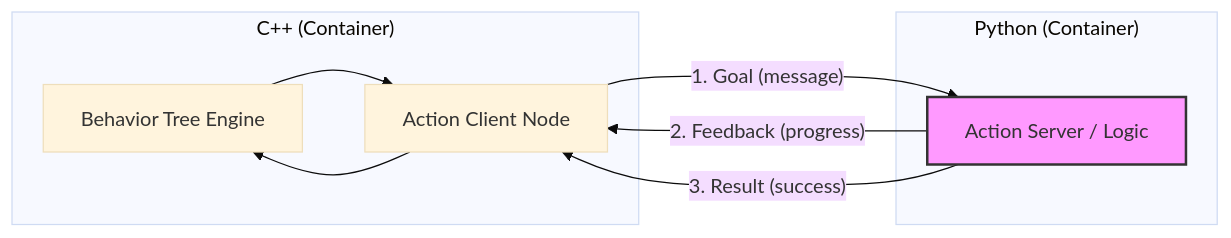
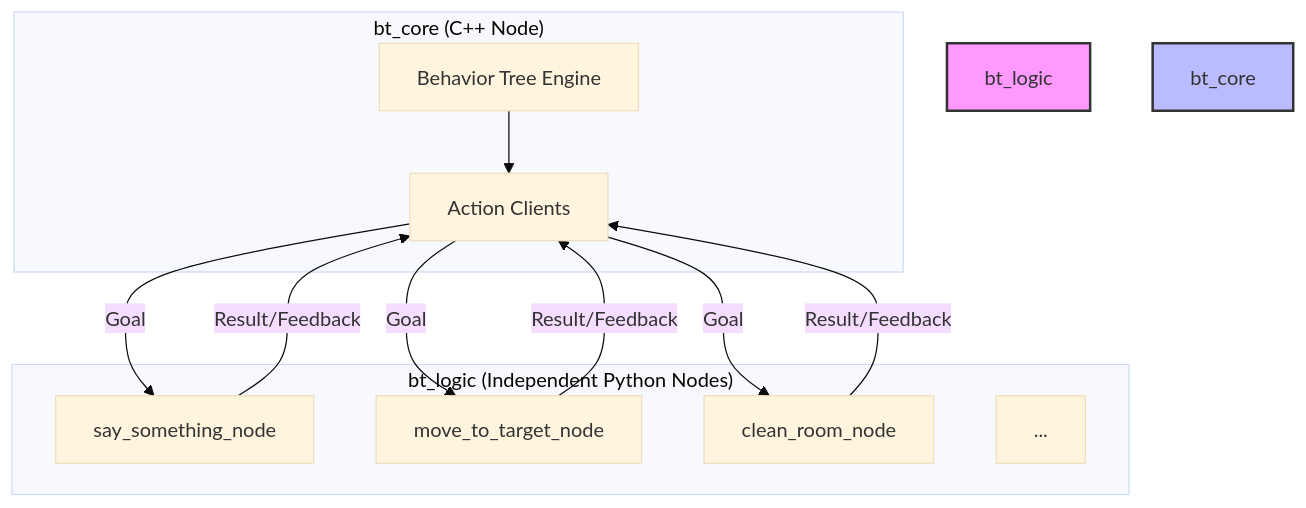
The diagram in README.md (YakiFrog/bt_jazzy_docker), drawn with Mermaid (base theme) before and after one commit. The commit also changed other lines of this file and 2 other files, not shown here.

Commit message:
Updated all documentation to reflect the professional bt_core/bt_logic architecture

````diff
--- a/README.md
+++ b/README.md
@@ -76,19 +64,26 @@
 ```mermaid
-graph LR
-    subgraph "C++ (Container)"
+graph TD
+    subgraph "bt_core (C++ Node)"
         BT[Behavior Tree Engine]
-        AC[Action Client Node]
+        AC[Action Clients]
     end
 
-    subgraph "Python (Container)"
-        AS[Action Server / Logic]
+    subgraph "bt_logic (Independent Python Nodes)"
+        SAY[say_something_node]
+        MOVE[move_to_target_node]
+        CLEAN[clean_room_node]
+        OTHER[...]
     end
 
     BT --> AC
-    AC -- "1. Goal (message)" --> AS
-    AS -- "2. Feedback (progress)" --> AC
-    AS -- "3. Result (success)" --> AC
-    AC --> BT
+    AC -- "Goal" --> SAY
+    AC -- "Goal" --> MOVE
+    AC -- "Goal" --> CLEAN
     
-    style AS fill:#f9f,stroke:#333,stroke-width:2px
+    SAY -- "Result/Feedback" --> AC
+    MOVE -- "Result/Feedback" --> AC
+    CLEAN -- "Result/Feedback" --> AC
+    
+    style bt_logic fill:#f9f,stroke:#333,stroke-width:2px
+    style bt_core fill:#bbf,stroke:#333,stroke-width:2px
 ```
````
